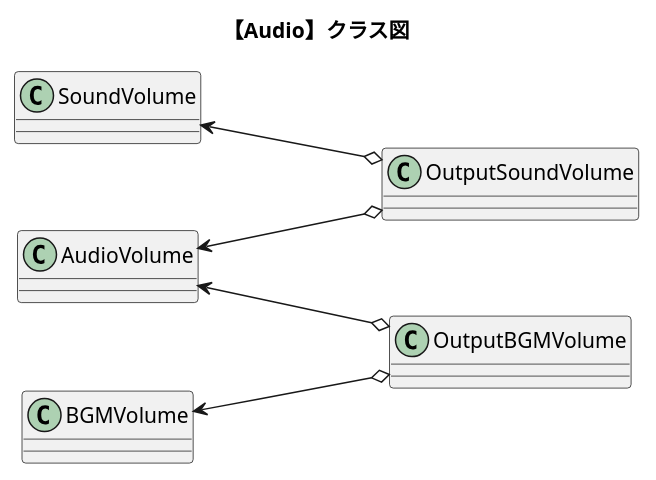
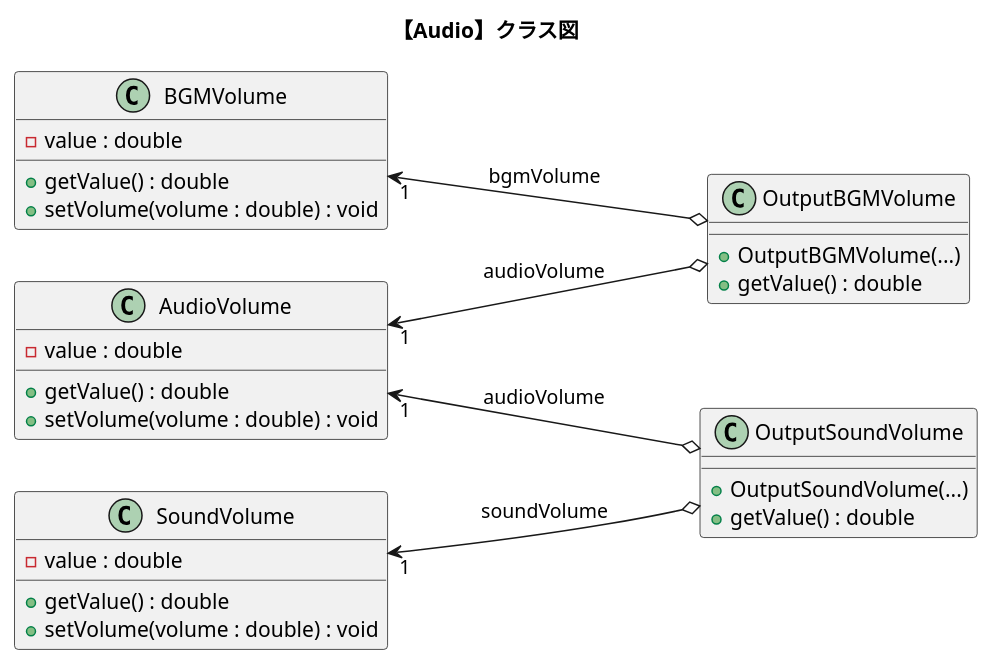
Before and after one commit to nitta-lab/TwoStagesModelingExperiments: the diagram in puml/classes/audio_class_pull.puml, drawn with PlantUML. The commit also changed 23 other files, not shown here.

Commit message:
シーケンス図の追加

```diff
--- a/puml/classes/audio_class_pull.puml
+++ b/puml/classes/audio_class_pull.puml
@@ -1,34 +1,42 @@
-@startuml 【Audio】 Class-Diagram
+@startuml audio_class_pull
 title "【Audio】クラス図"
 
 left to right direction
 
 class AudioVolume{
-
+    - value : double
+    + getValue() : double
+    + setVolume(volume : double) : void
 }
 
 class SoundVolume{
-
+    - value : double 
+    + getValue() : double
+    + setVolume(volume : double) : void
 }
 
 class BGMVolume{
+    - value : double
+    + getValue() : double
+    + setVolume(volume : double) : void
+}
 
+class OutputBGMVolume{
+    + OutputBGMVolume(...)
+    + getValue() : double
 }
 
 class OutputSoundVolume{
-
+    + OutputSoundVolume(...)
+    + getValue() : double
 }
 
-class OutputBGMVolume{
+'---------------------------------------------------------
+SoundVolume"1" <---o OutputSoundVolume : soundVolume
 
-}
+AudioVolume"1" <---o OutputBGMVolume : audioVolume
+AudioVolume"1" <---o OutputSoundVolume : audioVolume
 
-AudioVolume <---o OutputBGMVolume
-AudioVolume <---o OutputSoundVolume
+BGMVolume"1" <---o OutputBGMVolume : bgmVolume
 
-SoundVolume <---o OutputSoundVolume
-BGMVolume <---o OutputBGMVolume
-
-
-'---------------------------------------------------------
 @enduml
```
